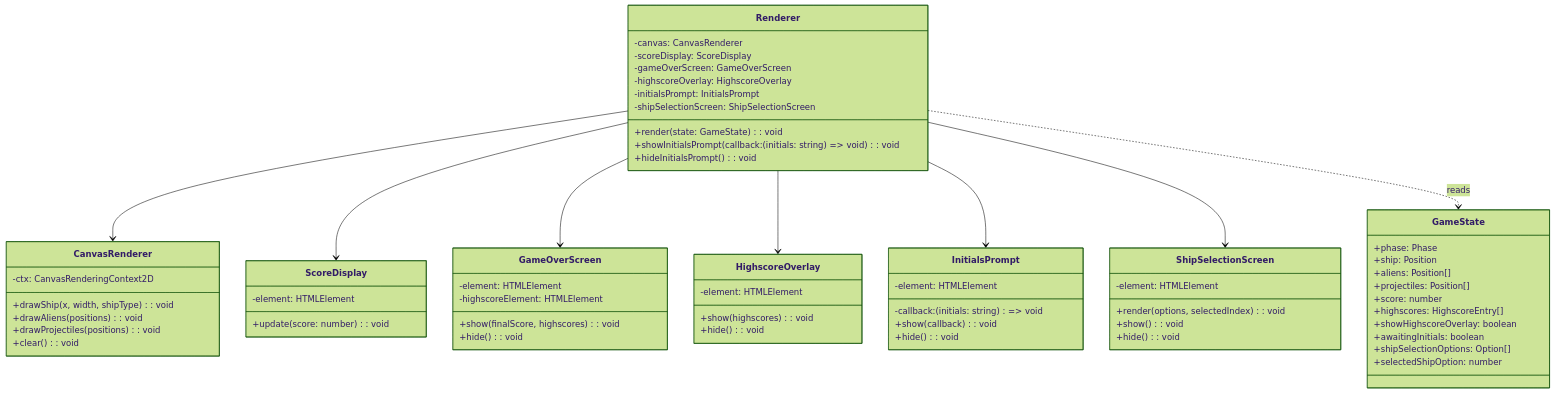
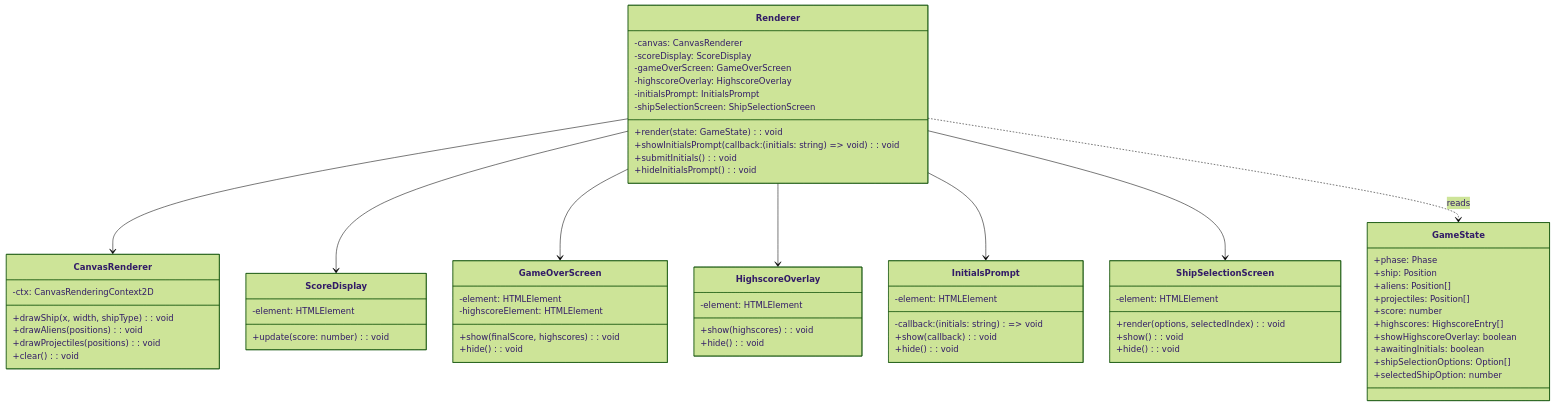
One commit to akmaier/AlienInvasion changed the diagram in docs/architecture/MOD-rendering.md. Above: the diagram before and after it, drawn with Mermaid (forest theme). The commit also changed other lines of this file and 5 other files, not shown here.

````diff
--- a/docs/architecture/MOD-rendering.md
+++ b/docs/architecture/MOD-rendering.md
@@ -76,67 +77,68 @@
 ```mermaid
 classDiagram
     class Renderer {
         -canvas: CanvasRenderer
         -scoreDisplay: ScoreDisplay
         -gameOverScreen: GameOverScreen
         -highscoreOverlay: HighscoreOverlay
         -initialsPrompt: InitialsPrompt
         -shipSelectionScreen: ShipSelectionScreen
         +render(state: GameState): void
         +showInitialsPrompt(callback: (initials: string) => void): void
+        +submitInitials(): void
         +hideInitialsPrompt(): void
     }
     class CanvasRenderer {
         -ctx: CanvasRenderingContext2D
         +drawShip(x, width, shipType): void
         +drawAliens(positions): void
         +drawProjectiles(positions): void
         +clear(): void
     }
     class ScoreDisplay {
         -element: HTMLElement
         +update(score: number): void
     }
     class GameOverScreen {
         -element: HTMLElement
         -highscoreElement: HTMLElement
         +show(finalScore, highscores): void
         +hide(): void
     }
     class HighscoreOverlay {
         -element: HTMLElement
         +show(highscores): void
         +hide(): void
     }
     class InitialsPrompt {
         -element: HTMLElement
         -callback: (initials: string) => void
         +show(callback): void
         +hide(): void
     }
     class ShipSelectionScreen {
         -element: HTMLElement
         +render(options, selectedIndex): void
         +show(): void
         +hide(): void
     }
     class GameState {
         +phase: Phase
         +ship: Position
         +aliens: Position[]
         +projectiles: Position[]
         +score: number
         +highscores: HighscoreEntry[]
         +showHighscoreOverlay: boolean
         +awaitingInitials: boolean
         +shipSelectionOptions: Option[]
         +selectedShipOption: number
     }
     Renderer --> CanvasRenderer
     Renderer --> ScoreDisplay
     Renderer --> GameOverScreen
     Renderer --> HighscoreOverlay
     Renderer --> InitialsPrompt
     Renderer --> ShipSelectionScreen
     Renderer ..> GameState: reads
 ```
````
